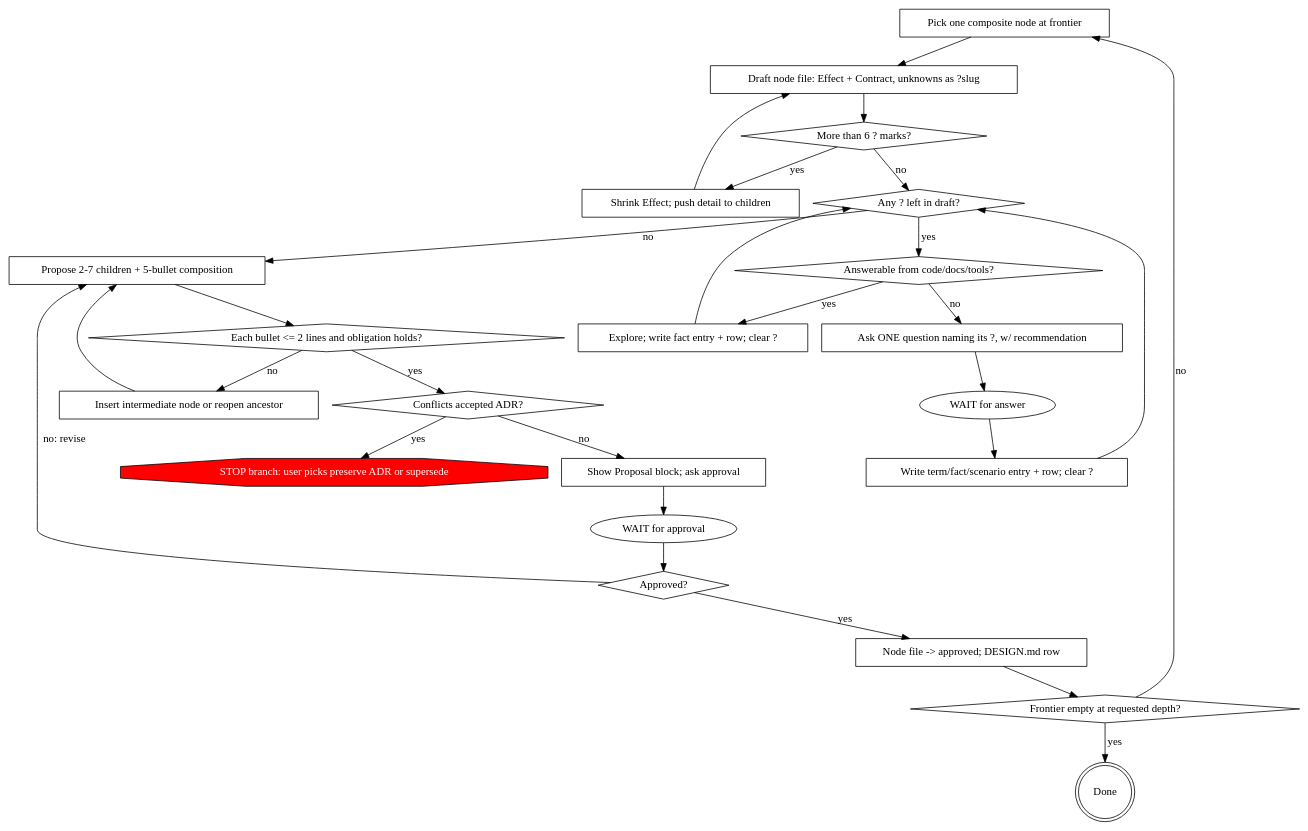
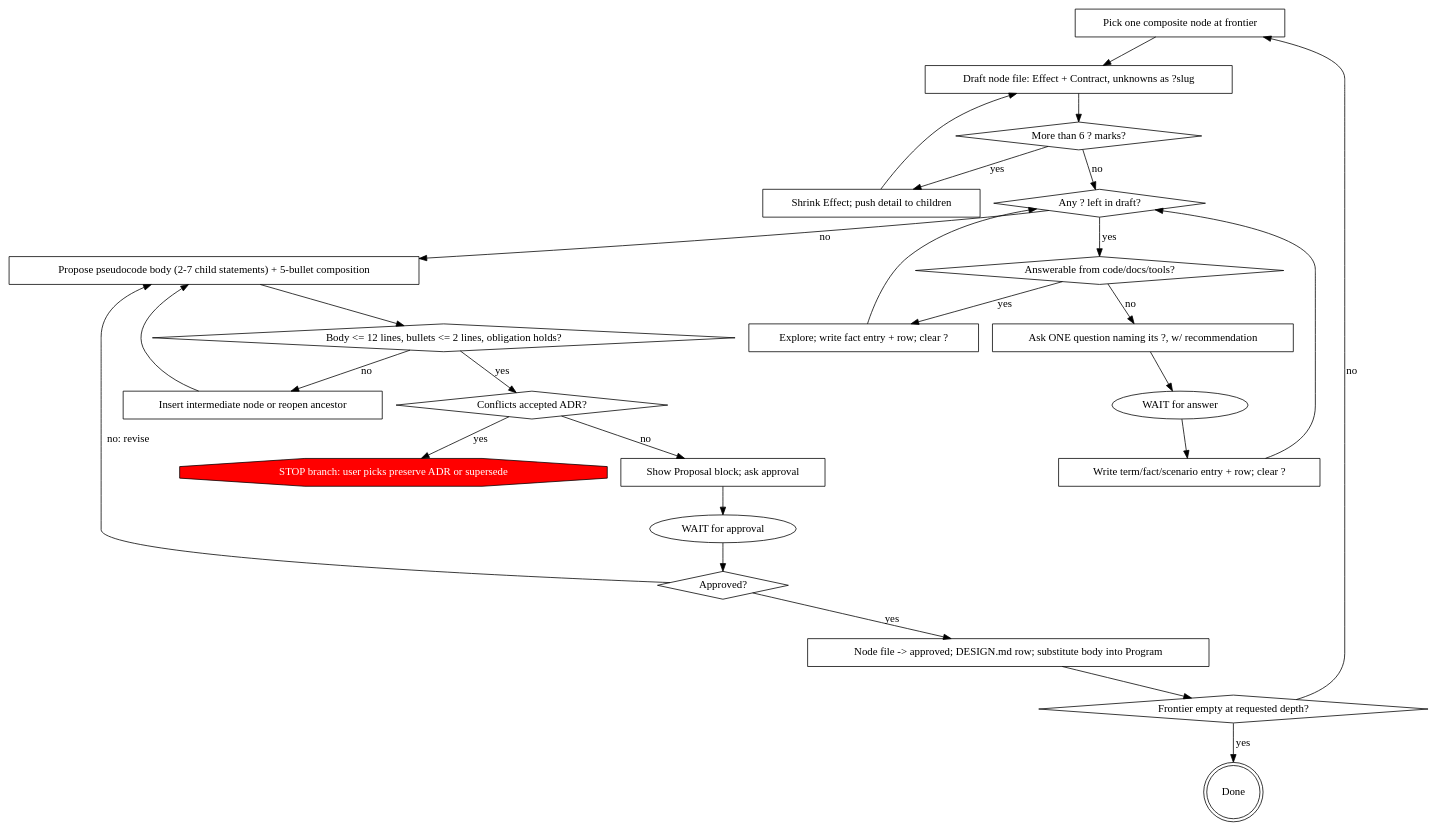
Before and after one commit to HollandDM/my-skills: the diagram in constructing-software-stepwise/skills/constructing-software-stepwise/SKILL.md, drawn with Graphviz. The commit also changed other lines of this file and 4 other files, not shown here.

````diff
--- a/constructing-software-stepwise/skills/constructing-software-stepwise/SKILL.md
+++ b/constructing-software-stepwise/skills/constructing-software-stepwise/SKILL.md
@@ -71,52 +72,52 @@
 ```dot
 digraph refine {
     "Pick one composite node at frontier" [shape=box];
     "Draft node file: Effect + Contract, unknowns as ?slug" [shape=box];
     "More than 6 ? marks?" [shape=diamond];
     "Shrink Effect; push detail to children" [shape=box];
     "Any ? left in draft?" [shape=diamond];
     "Answerable from code/docs/tools?" [shape=diamond];
     "Explore; write fact entry + row; clear ?" [shape=box];
     "Ask ONE question naming its ?, w/ recommendation" [shape=box];
     "WAIT for answer" [shape=ellipse];
     "Write term/fact/scenario entry + row; clear ?" [shape=box];
-    "Propose 2-7 children + 5-bullet composition" [shape=box];
-    "Each bullet <= 2 lines and obligation holds?" [shape=diamond];
+    "Propose pseudocode body (2-7 child statements) + 5-bullet composition" [shape=box];
+    "Body <= 12 lines, bullets <= 2 lines, obligation holds?" [shape=diamond];
     "Insert intermediate node or reopen ancestor" [shape=box];
     "Conflicts accepted ADR?" [shape=diamond];
     "STOP branch: user picks preserve ADR or supersede" [shape=octagon, style=filled, fillcolor=red, fontcolor=white];
     "Show Proposal block; ask approval" [shape=box];
     "WAIT for approval" [shape=ellipse];
     "Approved?" [shape=diamond];
-    "Node file -> approved; DESIGN.md row" [shape=box];
+    "Node file -> approved; DESIGN.md row; substitute body into Program" [shape=box];
     "Frontier empty at requested depth?" [shape=diamond];
     "Done" [shape=doublecircle];
 
     "Pick one composite node at frontier" -> "Draft node file: Effect + Contract, unknowns as ?slug";
     "Draft node file: Effect + Contract, unknowns as ?slug" -> "More than 6 ? marks?";
     "More than 6 ? marks?" -> "Shrink Effect; push detail to children" [label="yes"];
     "Shrink Effect; push detail to children" -> "Draft node file: Effect + Contract, unknowns as ?slug";
     "More than 6 ? marks?" -> "Any ? left in draft?" [label="no"];
     "Any ? left in draft?" -> "Answerable from code/docs/tools?" [label="yes"];
     "Answerable from code/docs/tools?" -> "Explore; write fact entry + row; clear ?" [label="yes"];
     "Explore; write fact entry + row; clear ?" -> "Any ? left in draft?";
     "Answerable from code/docs/tools?" -> "Ask ONE question naming its ?, w/ recommendation" [label="no"];
     "Ask ONE question naming its ?, w/ recommendation" -> "WAIT for answer";
     "WAIT for answer" -> "Write term/fact/scenario entry + row; clear ?";
     "Write term/fact/scenario entry + row; clear ?" -> "Any ? left in draft?";
-    "Any ? left in draft?" -> "Propose 2-7 children + 5-bullet composition" [label="no"];
-    "Propose 2-7 children + 5-bullet composition" -> "Each bullet <= 2 lines and obligation holds?";
-    "Each bullet <= 2 lines and obligation holds?" -> "Insert intermediate node or reopen ancestor" [label="no"];
-    "Insert intermediate node or reopen ancestor" -> "Propose 2-7 children + 5-bullet composition";
-    "Each bullet <= 2 lines and obligation holds?" -> "Conflicts accepted ADR?" [label="yes"];
+    "Any ? left in draft?" -> "Propose pseudocode body (2-7 child statements) + 5-bullet composition" [label="no"];
+    "Propose pseudocode body (2-7 child statements) + 5-bullet composition" -> "Body <= 12 lines, bullets <= 2 lines, obligation holds?";
+    "Body <= 12 lines, bullets <= 2 lines, obligation holds?" -> "Insert intermediate node or reopen ancestor" [label="no"];
+    "Insert intermediate node or reopen ancestor" -> "Propose pseudocode body (2-7 child statements) + 5-bullet composition";
+    "Body <= 12 lines, bullets <= 2 lines, obligation holds?" -> "Conflicts accepted ADR?" [label="yes"];
     "Conflicts accepted ADR?" -> "STOP branch: user picks preserve ADR or supersede" [label="yes"];
     "Conflicts accepted ADR?" -> "Show Proposal block; ask approval" [label="no"];
     "Show Proposal block; ask approval" -> "WAIT for approval";
     "WAIT for approval" -> "Approved?";
-    "Approved?" -> "Propose 2-7 children + 5-bullet composition" [label="no: revise"];
-    "Approved?" -> "Node file -> approved; DESIGN.md row" [label="yes"];
-    "Node file -> approved; DESIGN.md row" -> "Frontier empty at requested depth?";
+    "Approved?" -> "Propose pseudocode body (2-7 child statements) + 5-bullet composition" [label="no: revise"];
+    "Approved?" -> "Node file -> approved; DESIGN.md row; substitute body into Program" [label="yes"];
+    "Node file -> approved; DESIGN.md row; substitute body into Program" -> "Frontier empty at requested depth?";
     "Frontier empty at requested depth?" -> "Done" [label="yes"];
     "Frontier empty at requested depth?" -> "Pick one composite node at frontier" [label="no"];
 }
 ```
````
